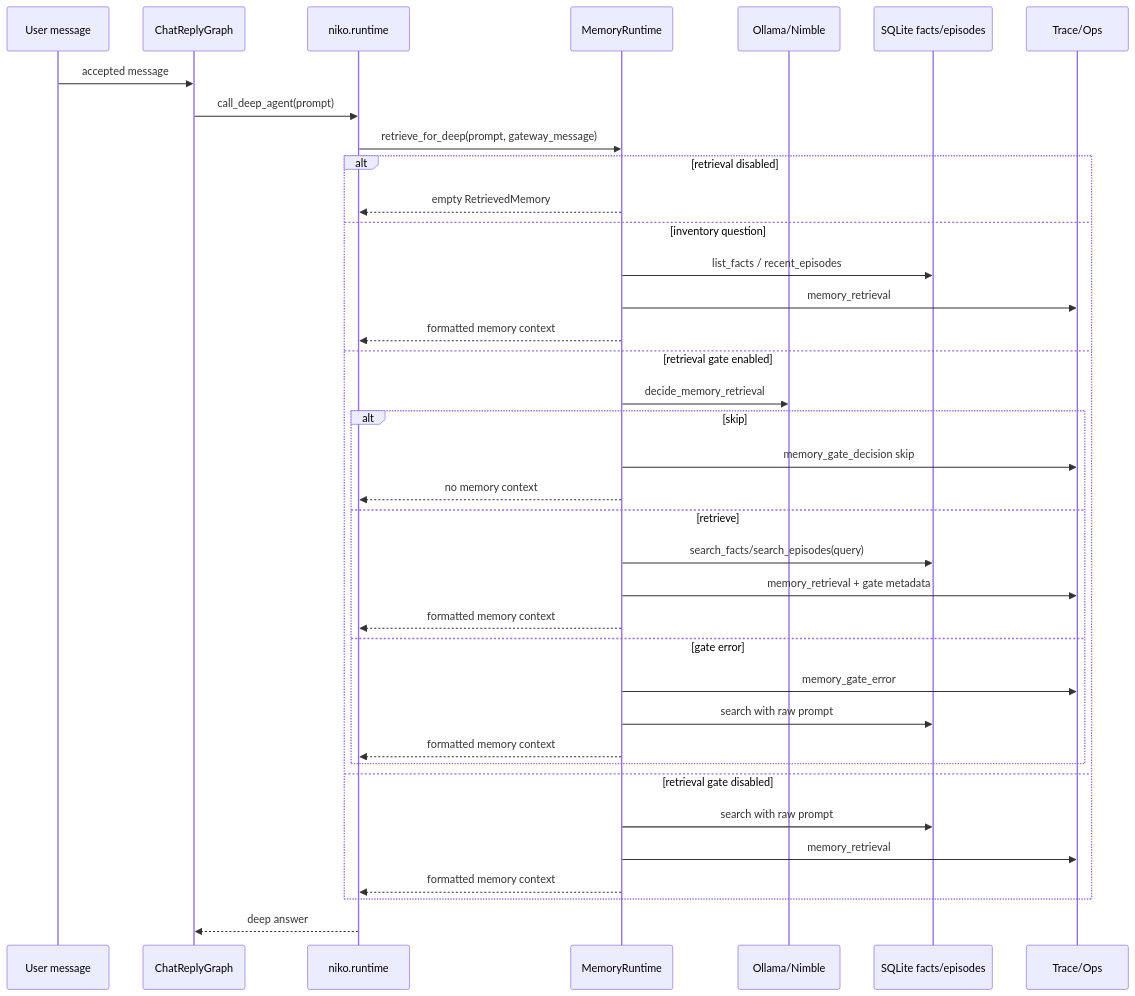
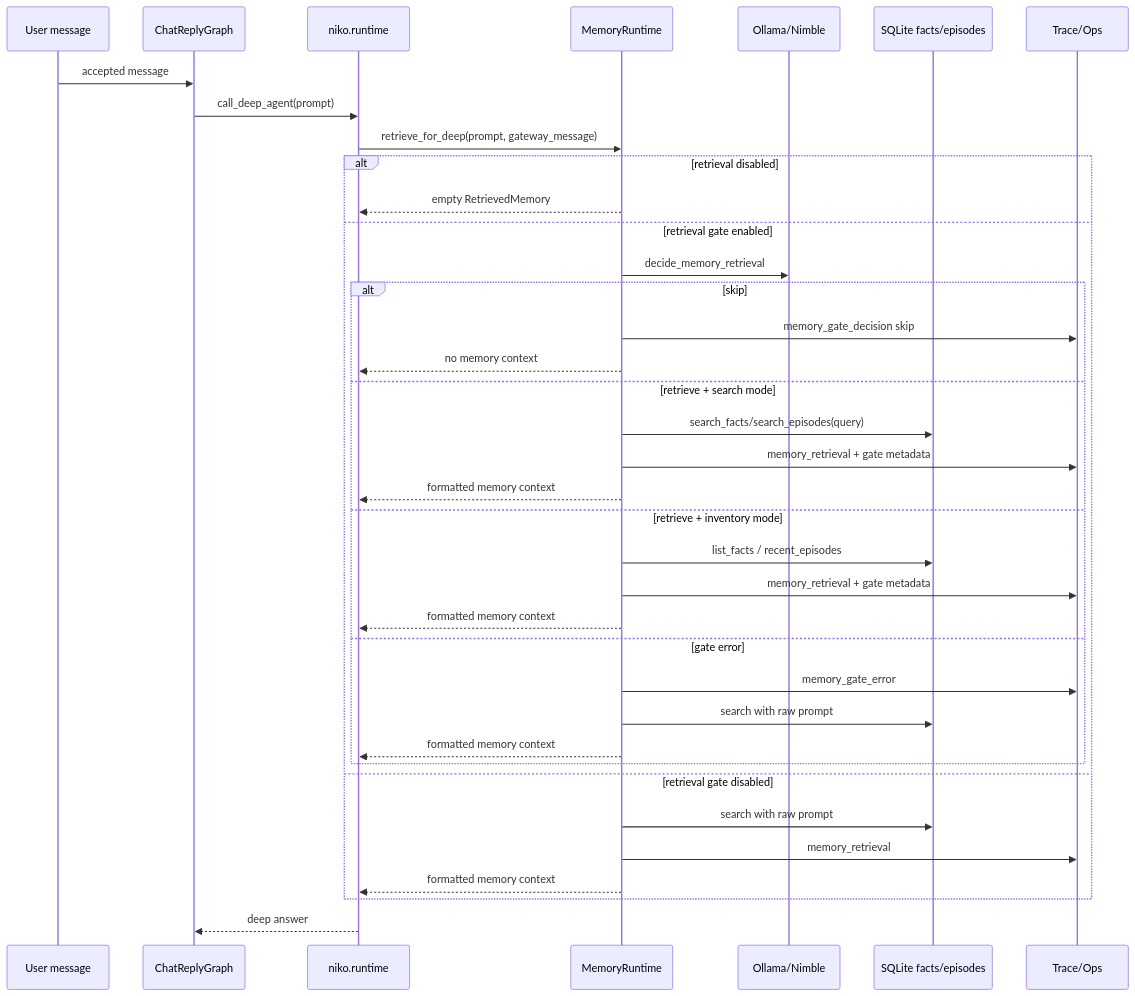
The third of 7 diagrams in docs/memory/chat-memory-architecture-flow.md (LuongAnh1/Niko_Agent), drawn with Mermaid before and after one commit. The commit also changed other lines of this file and 11 other files, not shown here.

Commit message:
docs(memory): sync current memory flow

````diff
--- a/docs/memory/chat-memory-architecture-flow.md
+++ b/docs/memory/chat-memory-architecture-flow.md
@@ -82,42 +82,42 @@
 ```mermaid
 sequenceDiagram
     participant User as User message
     participant Graph as ChatReplyGraph
     participant Deep as niko.runtime
     participant Mem as MemoryRuntime
     participant DM as Ollama/Nimble
     participant Store as SQLite facts/episodes
     participant Trace as Trace/Ops
 
     User->>Graph: accepted message
     Graph->>Deep: call_deep_agent(prompt)
     Deep->>Mem: retrieve_for_deep(prompt, gateway_message)
 
     alt retrieval disabled
         Mem-->>Deep: empty RetrievedMemory
-    else inventory question
-        Mem->>Store: list_facts / recent_episodes
-        Mem->>Trace: memory_retrieval
-        Mem-->>Deep: formatted memory context
     else retrieval gate enabled
         Mem->>DM: decide_memory_retrieval
         alt skip
             Mem->>Trace: memory_gate_decision skip
             Mem-->>Deep: no memory context
-        else retrieve
+        else retrieve + search mode
             Mem->>Store: search_facts/search_episodes(query)
+            Mem->>Trace: memory_retrieval + gate metadata
+            Mem-->>Deep: formatted memory context
+        else retrieve + inventory mode
+            Mem->>Store: list_facts / recent_episodes
             Mem->>Trace: memory_retrieval + gate metadata
             Mem-->>Deep: formatted memory context
         else gate error
             Mem->>Trace: memory_gate_error
             Mem->>Store: search with raw prompt
             Mem-->>Deep: formatted memory context
         end
     else retrieval gate disabled
         Mem->>Store: search with raw prompt
         Mem->>Trace: memory_retrieval
         Mem-->>Deep: formatted memory context
     end
 
     Deep-->>Graph: deep answer
 ```
````
